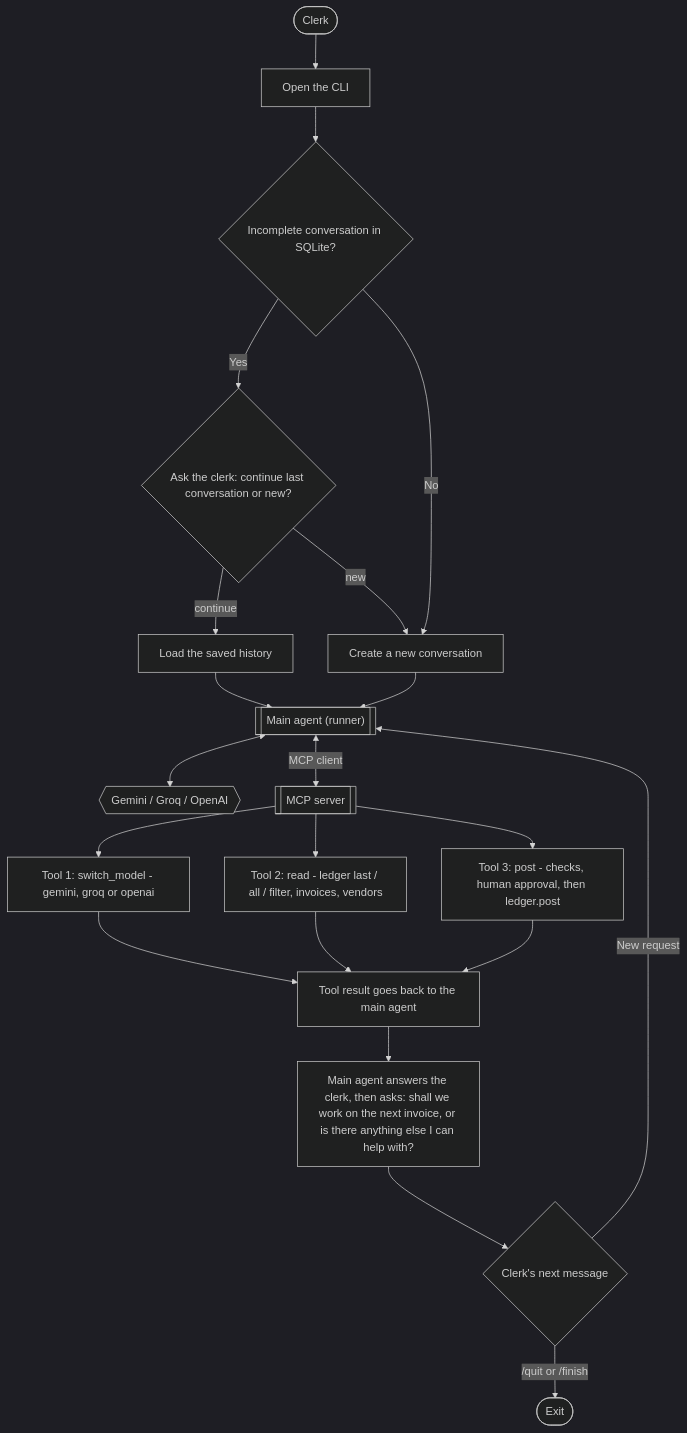
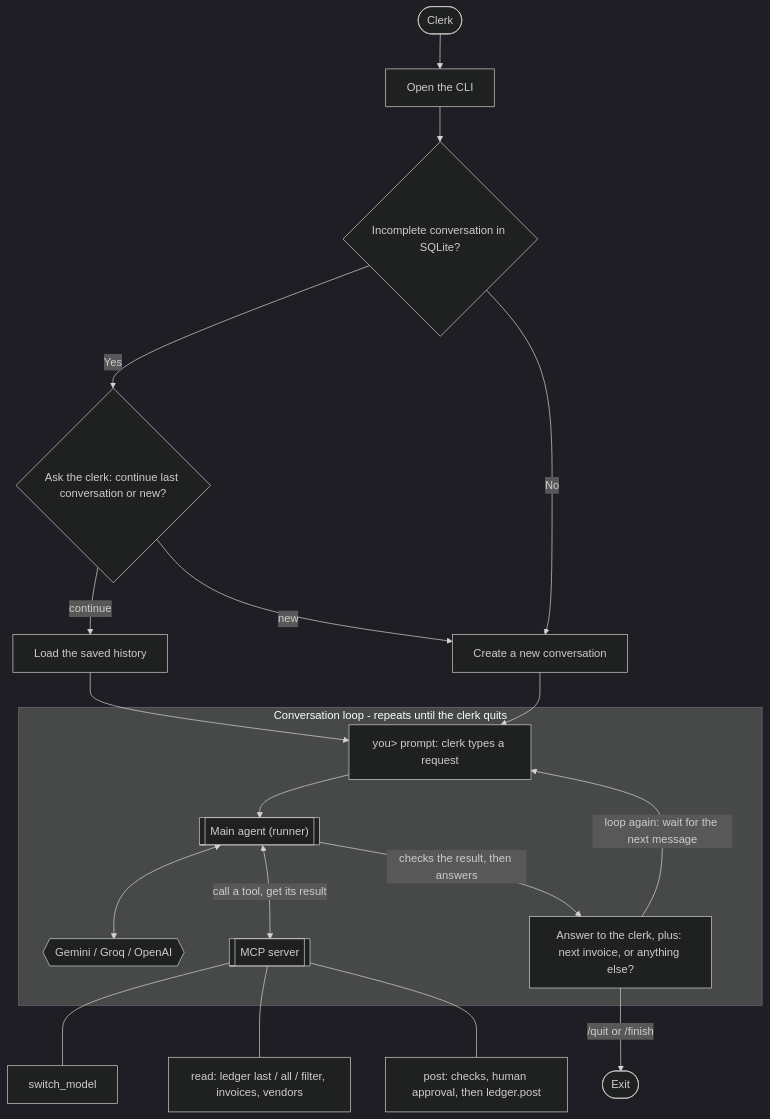
One commit to dixitbuild/fourX changed the diagram in FourX_Agent_Implementation_Plan.md. Above: the diagram before and after it, drawn with Mermaid (dark theme).

Commit message:
flow chart (loop): conversation flow to include a loop for continuous interaction

````diff
--- a/FourX_Agent_Implementation_Plan.md
+++ b/FourX_Agent_Implementation_Plan.md
@@ -107,23 +107,24 @@
 ```mermaid
 flowchart TD
     Clerk([Clerk]) --> Launch[Open the CLI]
     Launch --> Find{"Incomplete conversation in SQLite?"}
     Find -->|Yes| Ask{"Ask the clerk: continue last conversation or new?"}
     Ask -->|continue| Resume[Load the saved history]
     Ask -->|new| Create[Create a new conversation]
     Find -->|No| Create
-    Resume --> Agent[["Main agent (runner)"]]
-    Create --> Agent
-    Agent <--> Model{{Gemini / Groq / OpenAI}}
-    Agent <-->|MCP client| MCP[[MCP server]]
-    MCP --> Switch["Tool 1: switch_model - gemini, groq or openai"]
-    MCP --> Read["Tool 2: read - ledger last / all / filter, invoices, vendors"]
-    MCP --> Post["Tool 3: post - checks, human approval, then ledger.post"]
-    Switch --> Result
-    Read --> Result
-    Post --> Result[Tool result goes back to the main agent]
-    Result --> Reply["Main agent answers the clerk, then asks: shall we work on the next invoice, or is there anything else I can help with?"]
-    Reply --> Next{Clerk's next message}
-    Next -->|"New request"| Agent
-    Next -->|"/quit or /finish"| End([Exit])
+    Resume --> Prompt
+    Create --> Prompt
+
+    subgraph Loop["Conversation loop - repeats until the clerk quits"]
+        Prompt["you> prompt: clerk types a request"] --> Agent[["Main agent (runner)"]]
+        Agent <--> Model{{Gemini / Groq / OpenAI}}
+        Agent <-->|"call a tool, get its result"| MCP[[MCP server]]
+        Agent -->|"checks the result, then answers"| Answer["Answer to the clerk, plus: next invoice, or anything else?"]
+        Answer -->|"loop again: wait for the next message"| Prompt
+    end
+
+    MCP --- Switch["switch_model"]
+    MCP --- Read["read: ledger last / all / filter, invoices, vendors"]
+    MCP --- Post["post: checks, human approval, then ledger.post"]
+    Answer -->|"/quit or /finish"| End([Exit])
 ```
````
